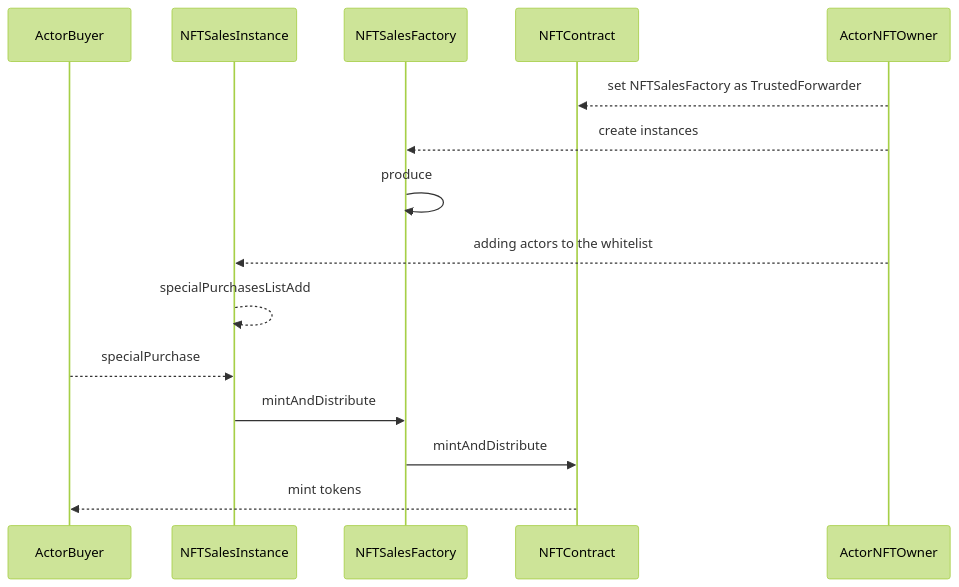
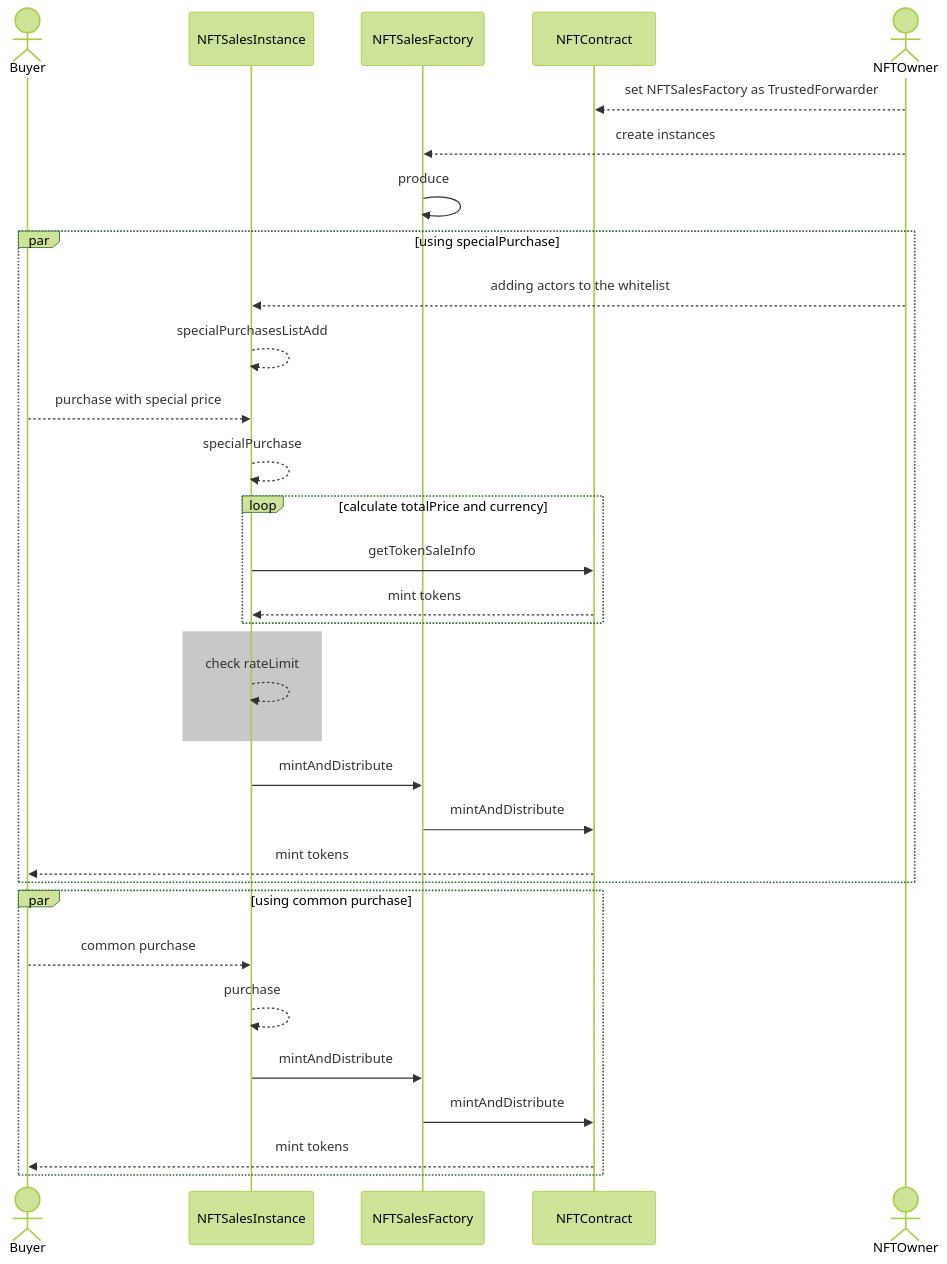
Before and after one commit to Intercoin/NonFungibleTokenContract: the diagram in README.md, drawn with Mermaid (forest theme). The commit also changed other lines of this file, not shown here.

````diff
--- a/README.md
+++ b/README.md
@@ -27,19 +31,35 @@
 ```mermaid
-sequenceDiagram  
-participant  ActorBuyer
+sequenceDiagram
+actor Buyer
 participant  NFTSalesInstance
 participant  NFTSalesFactory
 participant  NFTContract
-participant  ActorNFTOwner
+actor NFTOwner
 
- ActorNFTOwner -->> NFTContract: set NFTSalesFactory as TrustedForwarder
- ActorNFTOwner -->> NFTSalesFactory: create instances
- NFTSalesFactory ->> NFTSalesFactory: produce
- ActorNFTOwner -->> NFTSalesInstance: adding actors to the whitelist
+NFTOwner-->> NFTContract: set NFTSalesFactory as TrustedForwarder
+NFTOwner-->> NFTSalesFactory: create instances
+NFTSalesFactory ->> NFTSalesFactory: produce
+par using specialPurchase
+ NFTOwner-->> NFTSalesInstance: adding actors to the whitelist
  NFTSalesInstance -->> NFTSalesInstance: specialPurchasesListAdd
- ActorBuyer -->> NFTSalesInstance : specialPurchase
+ Buyer-->> NFTSalesInstance : purchase with special price
+ NFTSalesInstance -->> NFTSalesInstance : specialPurchase
+ loop calculate totalPrice and currency
+  NFTSalesInstance ->> NFTContract: getTokenSaleInfo 
+  NFTContract -->> NFTSalesInstance: mint tokens
+ end
+ rect  rgb(200, 200, 200)  
+  NFTSalesInstance -->> NFTSalesInstance: check rateLimit
+ end
  NFTSalesInstance ->> NFTSalesFactory: mintAndDistribute
  NFTSalesFactory ->> NFTContract: mintAndDistribute
- NFTContract -->> ActorBuyer: mint tokens
-
+ NFTContract -->> Buyer: mint tokens
+end
+par using common purchase
+ Buyer-->> NFTSalesInstance : common purchase
+  NFTSalesInstance -->> NFTSalesInstance: purchase
+ NFTSalesInstance ->> NFTSalesFactory: mintAndDistribute
+ NFTSalesFactory ->> NFTContract: mintAndDistribute
+ NFTContract -->> Buyer: mint tokens
+end
 ```
````
